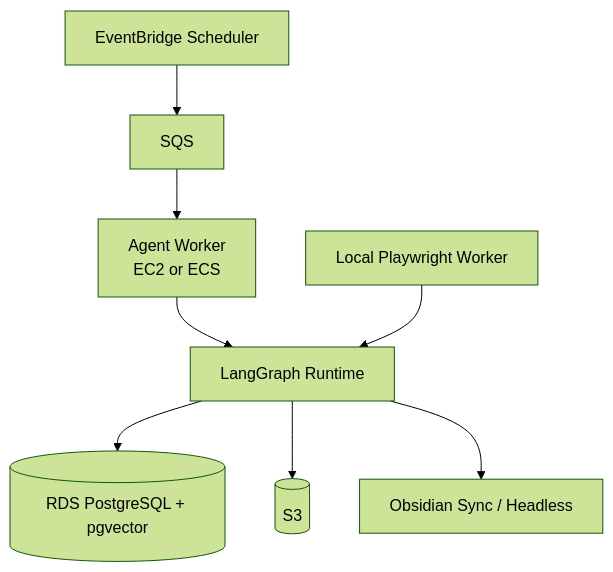
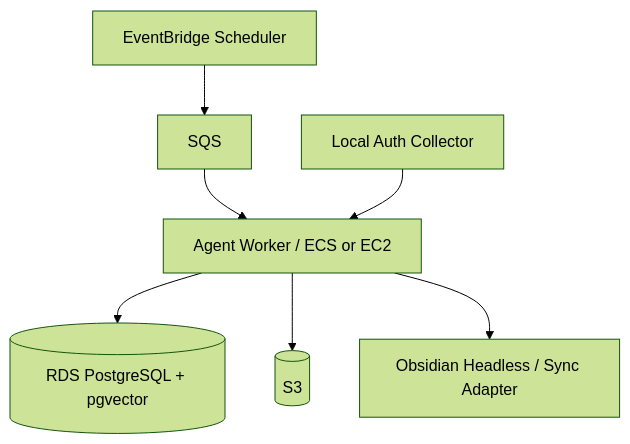
Before and after one commit to Riku888/smartee: the seventh of 7 diagrams in ARCHITECTURE.md, drawn with Mermaid (forest theme). The commit also changed other lines of this file and 1 other file, not shown here.

Commit message:
Changed architecture files

````diff
--- a/ARCHITECTURE.md
+++ b/ARCHITECTURE.md
@@ -1017,22 +1724,16 @@
 ```mermaid
 flowchart TD
+    SCH[EventBridge Scheduler]
+    Q[SQS]
+    W[Agent Worker / ECS or EC2]
+    DB[(RDS PostgreSQL + pgvector)]
+    S3[(S3)]
+    OBS[Obsidian Headless / Sync Adapter]
+    LOCAL[Local Auth Collector]
 
-    EVENT[EventBridge Scheduler]
-    QUEUE[SQS]
-    WORKER[Agent Worker<br/>EC2 or ECS]
-    GRAPH[LangGraph Runtime]
-
-    RDS[(RDS PostgreSQL + pgvector)]
-    S3[(S3)]
-    OBS[Obsidian Sync / Headless]
-    LOCAL[Local Playwright Worker]
-
-    EVENT --> QUEUE
-    QUEUE --> WORKER
-    WORKER --> GRAPH
-
-    GRAPH --> RDS
-    GRAPH --> S3
-    GRAPH --> OBS
-    LOCAL --> GRAPH
+    SCH --> Q --> W
+    LOCAL --> W
+    W --> DB
+    W --> S3
+    W --> OBS
 ```
````
